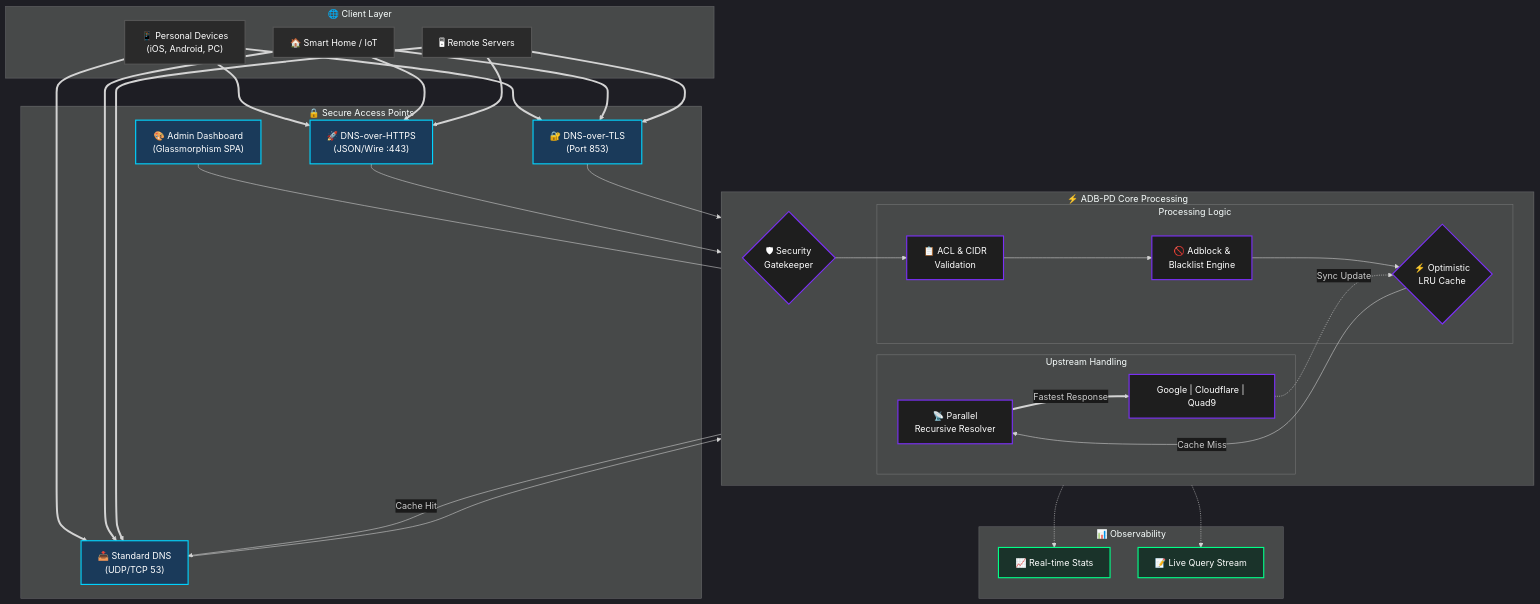
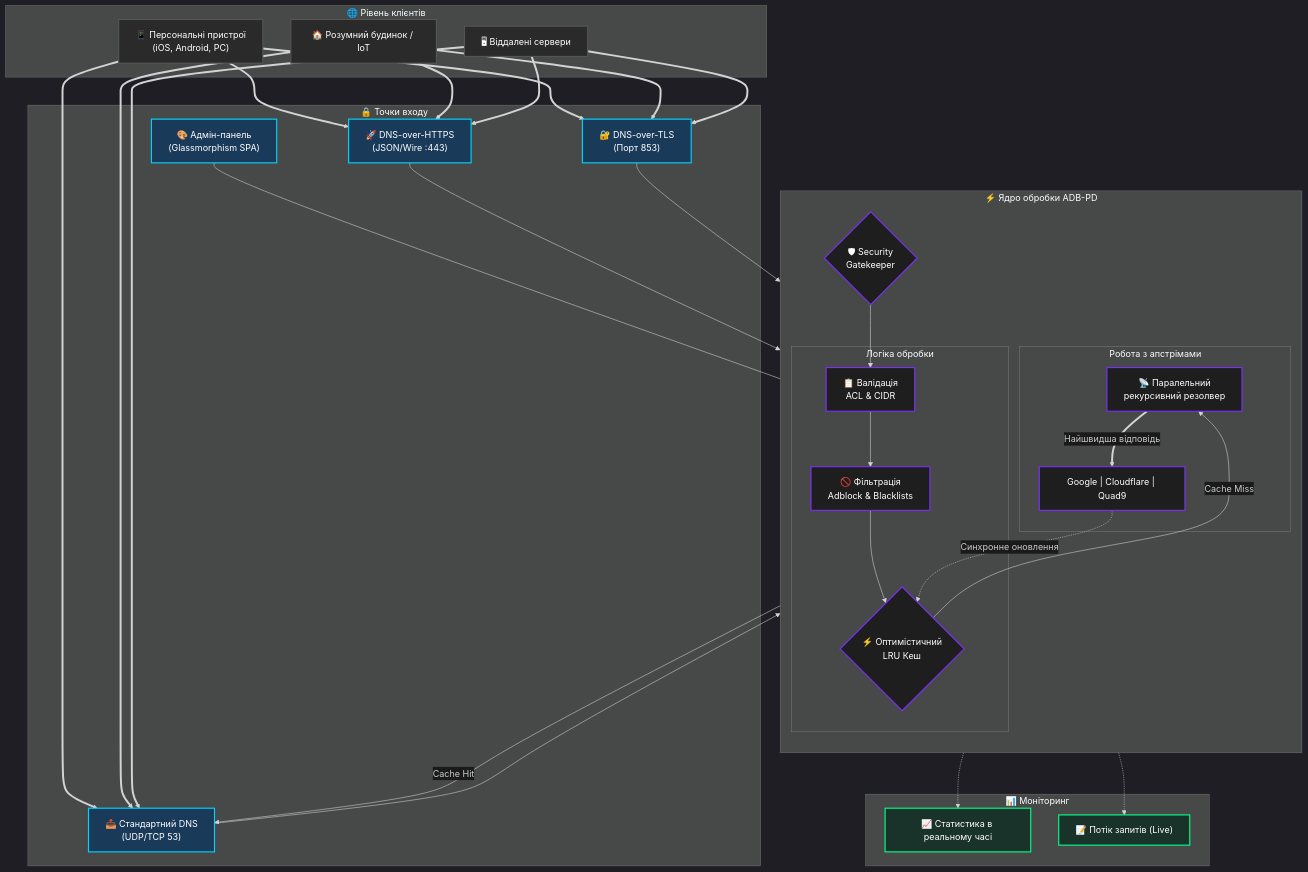
Before and after one commit to weby-homelab/adb-pd: the diagram in README.md, drawn with Mermaid. The commit also changed other lines of this file and 1 other file, not shown here.

````diff
--- a/README.md
+++ b/README.md
@@ -20,66 +30,66 @@
 ```mermaid
 %%{init: {'theme': 'dark', 'themeVariables': { 'primaryColor': '#00d4ff', 'edgeLabelBackground':'#1a1a1a', 'tertiaryColor': '#1a1a1a'}}}%%
 graph TD
-    subgraph Clients ["🌐 Client Layer"]
-        UserDevice["📱 Personal Devices<br/>(iOS, Android, PC)"]
-        IoTDevice["🏠 Smart Home / IoT"]
-        ServerNode["🖥 Remote Servers"]
+    subgraph Clients ["🌐 Рівень клієнтів"]
+        UserDevice["📱 Персональні пристрої<br/>(iOS, Android, PC)"]
+        IoTDevice["🏠 Розумний будинок / IoT"]
+        ServerNode["🖥 Віддалені сервери"]
     end
 
-    subgraph EntryPoints ["🔒 Secure Access Points"]
-        DNS53["📥 Standard DNS<br/>(UDP/TCP 53)"]
+    subgraph EntryPoints ["🔒 Точки входу"]
+        DNS53["📥 Стандартний DNS<br/>(UDP/TCP 53)"]
         DoH["🚀 DNS-over-HTTPS<br/>(JSON/Wire :443)"]
-        DoT["🔐 DNS-over-TLS<br/>(Port 853)"]
-        UI["🎨 Admin Dashboard<br/>(Glassmorphism SPA)"]
+        DoT["🔐 DNS-over-TLS<br/>(Порт 853)"]
+        UI["🎨 Адмін-панель<br/>(Glassmorphism SPA)"]
     end
 
-    subgraph CoreEngine ["⚡ ADB-PD Core Processing"]
-        direction LR
+    subgraph CoreEngine ["⚡ Ядро обробки ADB-PD"]
+        direction TB
         AuthGate{"🛡 Security<br/>Gatekeeper"}
         
-        subgraph Logic ["Processing Logic"]
-            ACL["📋 ACL & CIDR<br/>Validation"]
-            Filter["🚫 Adblock &<br/>Blacklist Engine"]
-            Cache{"⚡ Optimistic<br/>LRU Cache"}
+        subgraph Logic ["Логіка обробки"]
+            ACL["📋 Валідація<br/>ACL & CIDR"]
+            Filter["🚫 Фільтрація<br/>Adblock & Blacklists"]
+            Cache{"⚡ Оптимістичний<br/>LRU Кеш"}
         end
         
-        subgraph Resolution ["Upstream Handling"]
-            Resolver["📡 Parallel<br/>Recursive Resolver"]
+        subgraph Resolution ["Робота з апстрімами"]
+            Resolver["📡 Паралельний<br/>рекурсивний резолвер"]
             Upstreams["Google | Cloudflare | Quad9"]
         end
     end
 
-    subgraph Monitoring ["📊 Observability"]
-        Metrics["📈 Real-time Stats"]
-        Logs["📝 Live Query Stream"]
+    subgraph Monitoring ["📊 Моніторинг"]
+        Metrics["📈 Статистика в реальному часі"]
+        Logs["📝 Потік запитів (Live)"]
     end
 
     %% Connections
     UserDevice & IoTDevice & ServerNode ==> DNS53 & DoH & DoT
     UI --- AuthGate
     
     DNS53 & DoH & DoT --> AuthGate
     AuthGate --> ACL
     ACL --> Filter
     Filter --> Cache
     
     Cache -- "Cache Hit" --> DNS53
     Cache -- "Cache Miss" --> Resolver
     
-    Resolver ==>|Fastest Response| Upstreams
-    Upstreams -.->|Sync Update| Cache
+    Resolver ==>|Найшвидша відповідь| Upstreams
+    Upstreams -.->|Синхронне оновлення| Cache
     
     Logic -.-> Metrics
     Logic -.-> Logs
     
     %% Styling
     classDef client fill:#2a2a2a,stroke:#555,stroke-width:2px,color:#fff;
     classDef secure fill:#1a3a5a,stroke:#00d4ff,stroke-width:2px,color:#fff;
     classDef core fill:#1e1e1e,stroke:#7b2ff7,stroke-width:2px,color:#fff;
     classDef monitor fill:#1a332a,stroke:#00ff88,stroke-width:2px,color:#fff;
     
     class UserDevice,IoTDevice,ServerNode client;
     class DNS53,DoH,DoT,UI secure;
     class AuthGate,ACL,Filter,Cache,Resolver,Upstreams core;
     class Metrics,Logs monitor;
 ```
````
